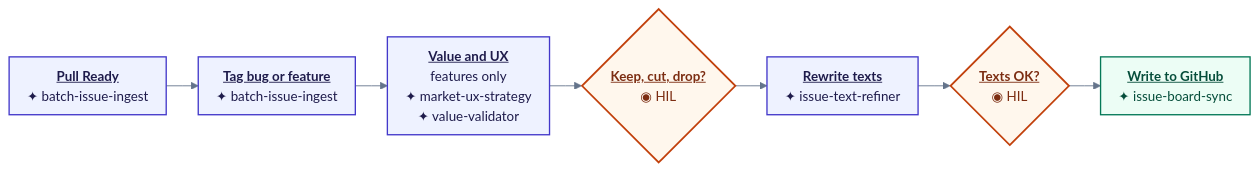
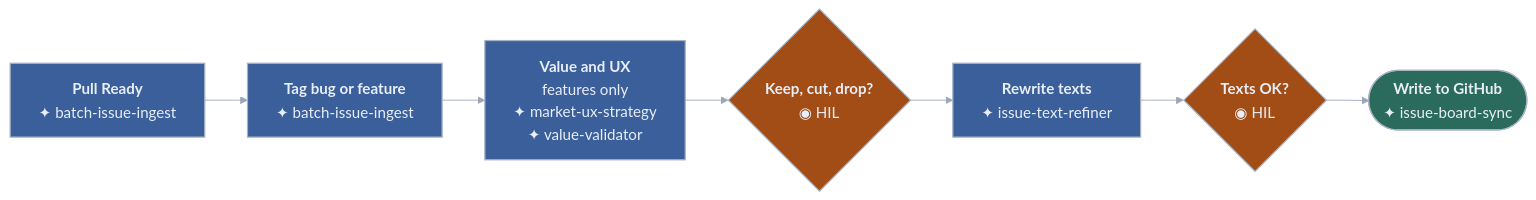
Before and after one commit to RaphaelBecker/cursor-harness: the first of 14 diagrams in README.md, drawn with Mermaid. The commit also changed other lines of this file and 12 other files, not shown here.

````diff
--- a/README.md
+++ b/README.md
@@ -30,18 +38,18 @@
 ```mermaid
-%%{init: {"theme":"base","themeVariables":{"fontFamily":"ui-sans-serif,system-ui,sans-serif","fontSize":"15px","lineColor":"#64748b"},"flowchart":{"curve":"linear","htmlLabels":true,"nodeSpacing":26,"rankSpacing":36,"padding":10,"useMaxWidth":true}}}%%
+%%{init: {"theme":"base","themeVariables":{"darkMode":true,"fontFamily":"ui-sans-serif, system-ui, -apple-system, Segoe UI, sans-serif","fontSize":"17px","background":"#2B313C","lineColor":"#9AA6B8","textColor":"#9AA6B8","primaryTextColor":"#E8EEF7","edgeLabelBackground":"#2B313C"},"flowchart":{"curve":"basis","htmlLabels":true,"nodeSpacing":35,"rankSpacing":48,"padding":16,"useMaxWidth":true}}}%%
 flowchart LR
-  b1["<b><u>Pull Ready</u></b><br/>✦ batch-issue-ingest"]
-  b2["<b><u>Tag bug or feature</u></b><br/>✦ batch-issue-ingest"]
-  b3["<b><u>Value and UX</u></b><br/>features only<br/>✦ market-ux-strategy<br/>✦ value-validator"]
-  b4{"<b><u>Keep, cut, drop?</u></b><br/>◉ HIL"}
-  b5["<b><u>Rewrite texts</u></b><br/>✦ issue-text-refiner"]
-  b6{"<b><u>Texts OK?</u></b><br/>◉ HIL"}
-  b7["<b><u>Write to GitHub</u></b><br/>✦ issue-board-sync"]
+  b1["<b>Pull Ready</b><br/>✦ batch-issue-ingest"]
+  b2["<b>Tag bug or feature</b><br/>✦ batch-issue-ingest"]
+  b3["<b>Value and UX</b><br/>features only<br/>✦ market-ux-strategy<br/>✦ value-validator"]
+  b4{"<b>Keep, cut, drop?</b><br/>◉ HIL"}
+  b5["<b>Rewrite texts</b><br/>✦ issue-text-refiner"]
+  b6{"<b>Texts OK?</b><br/>◉ HIL"}
+  b7(["<b>Write to GitHub</b><br/>✦ issue-board-sync"])
   b1 --> b2 --> b3 --> b4 --> b5 --> b6 --> b7
-  classDef skill fill:#eef2ff,stroke:#4338ca,stroke-width:1.5px,color:#1e1b4b
-  classDef hil fill:#fff7ed,stroke:#c2410c,stroke-width:2px,color:#7c2d12
-  classDef done fill:#ecfdf5,stroke:#047857,stroke-width:1.5px,color:#064e3b
+  classDef skill fill:#3A5F9A,stroke:#A8B4C4,stroke-width:1.4px,color:#E8EEF7
+  classDef hil fill:#A34D16,stroke:#A8B4C4,stroke-width:1.4px,color:#E8EEF7
+  classDef done fill:#2A6B5C,stroke:#A8B4C4,stroke-width:1.4px,color:#E8EEF7
   class b1,b2,b3,b5 skill
   class b4,b6 hil
   class b7 done
 ```
````
